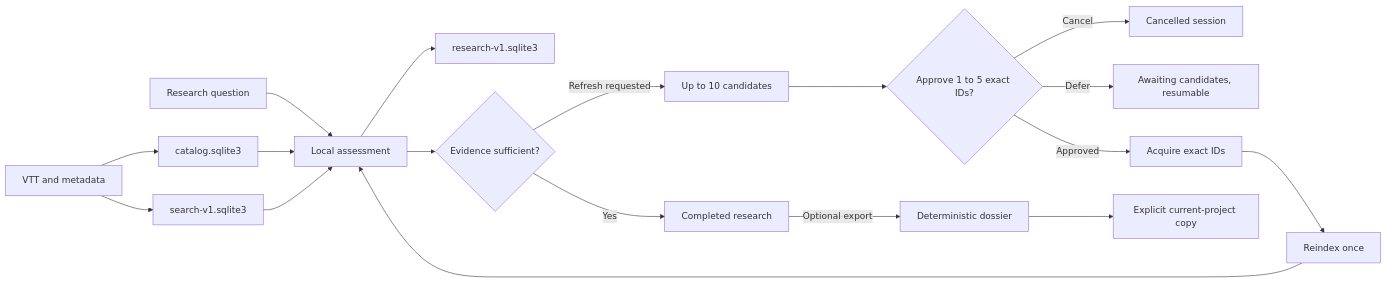
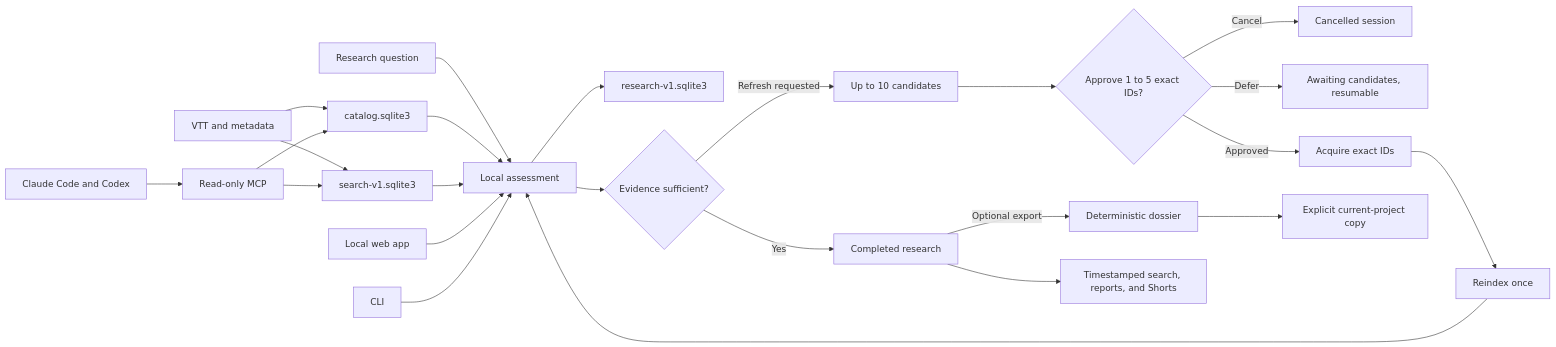
Before and after one commit to FlorianBruniaux/youtube-video-insights: the diagram in docs/assets/cumulative-research-workflow.mmd, drawn with Mermaid. The commit also changed 4 other files, not shown here.

Commit message:
docs: refresh README product diagram

```diff
--- a/docs/assets/cumulative-research-workflow.mmd
+++ b/docs/assets/cumulative-research-workflow.mmd
@@ -1,18 +1,24 @@
 flowchart LR
     U[Research question] --> A[Local assessment]
     VTT[VTT and metadata] --> CAT[catalog.sqlite3]
     VTT --> FTS[search-v1.sqlite3]
     CAT --> A
     FTS --> A
     A --> R[research-v1.sqlite3]
     A --> Q{Evidence sufficient?}
     Q -->|Yes| DONE[Completed research]
     DONE -->|Optional export| D[Deterministic dossier]
     Q -->|Refresh requested| C[Up to 10 candidates]
     C --> P{Approve 1 to 5 exact IDs?}
     P -->|Cancel| X[Cancelled session]
     P -->|Defer| HOLD[Awaiting candidates, resumable]
     P -->|Approved| ACQ[Acquire exact IDs]
     ACQ --> I[Reindex once]
     I --> A
     D --> E[Explicit current-project copy]
+    WEB[Local web app] --> A
+    CLI[CLI] --> A
+    MCP[Read-only MCP] --> CAT
+    MCP --> FTS
+    AGENTS[Claude Code and Codex] --> MCP
+    DONE --> OUT[Timestamped search, reports, and Shorts]
```
